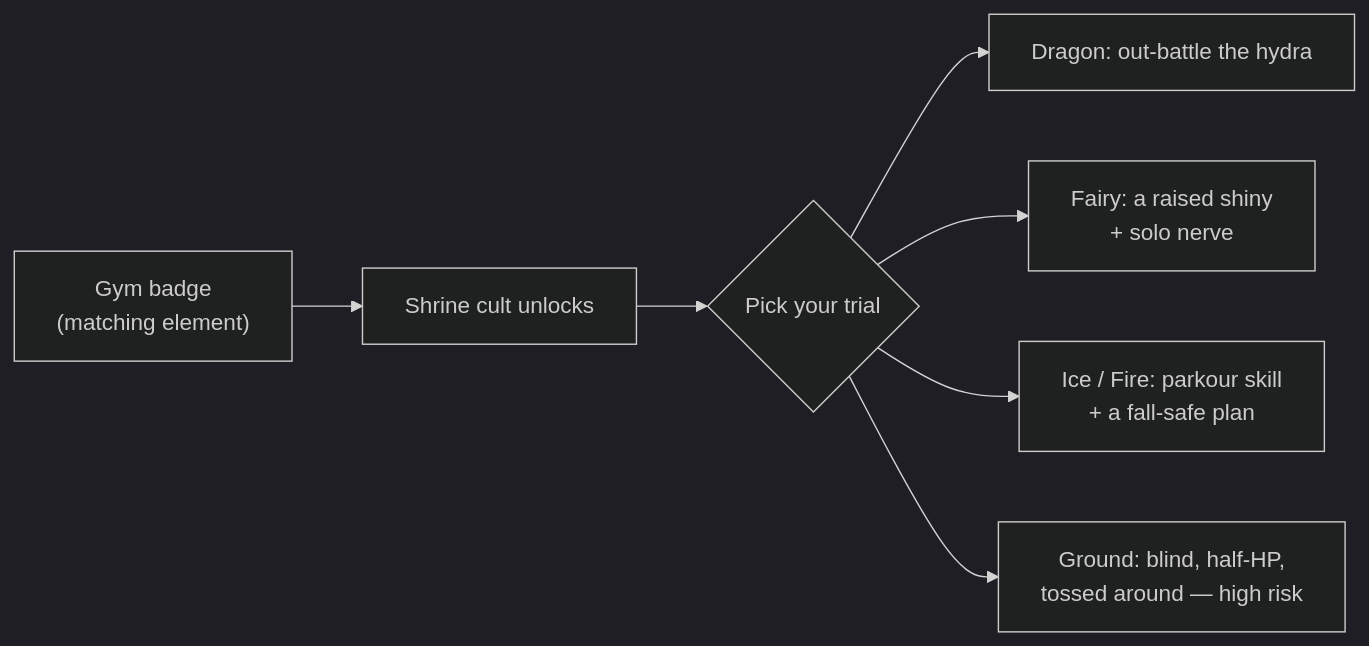
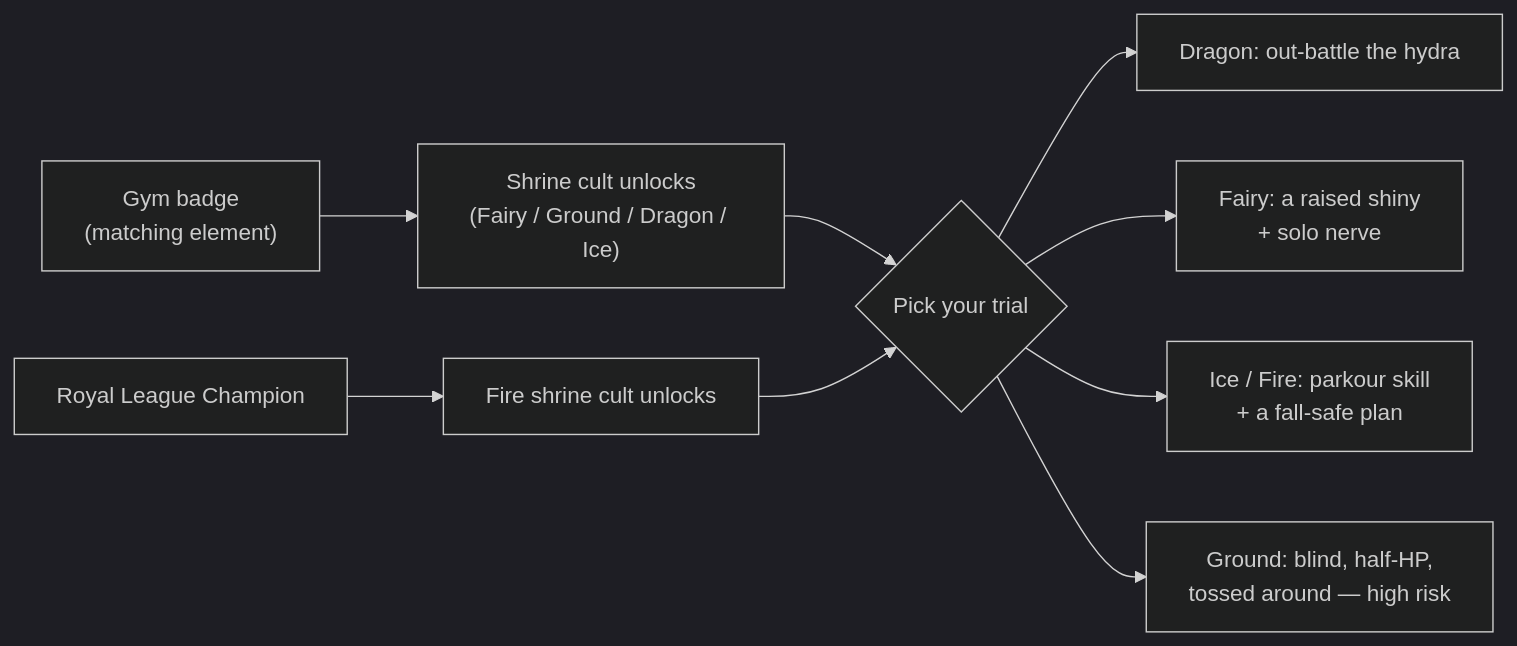
Before and after one commit to The-Company-Inc-Nerds/the-cobblemon-initiative: the diagram in wiki/Guidebook-Shrines.md, drawn with Mermaid (dark theme). The commit also changed other lines of this file and 456 other files, not shown here.

````diff
--- a/wiki/Guidebook-Shrines.md
+++ b/wiki/Guidebook-Shrines.md
@@ -171,9 +159,11 @@
 ```mermaid
 flowchart LR
-  G["Gym badge<br/>(matching element)"] --> S["Shrine cult unlocks"]
+  G["Gym badge<br/>(matching element)"] --> S["Shrine cult unlocks<br/>(Fairy / Ground / Dragon / Ice)"]
+  RC["Royal League Champion"] --> SF["Fire shrine cult unlocks"]
   S --> T{"Pick your trial"}
+  SF --> T
   T --> D["Dragon: out-battle the hydra"]
   T --> F["Fairy: a raised shiny<br/>+ solo nerve"]
   T --> I["Ice / Fire: parkour skill<br/>+ a fall-safe plan"]
   T --> O["Ground: blind, half-HP,<br/>tossed around — high risk"]
 ```
````
